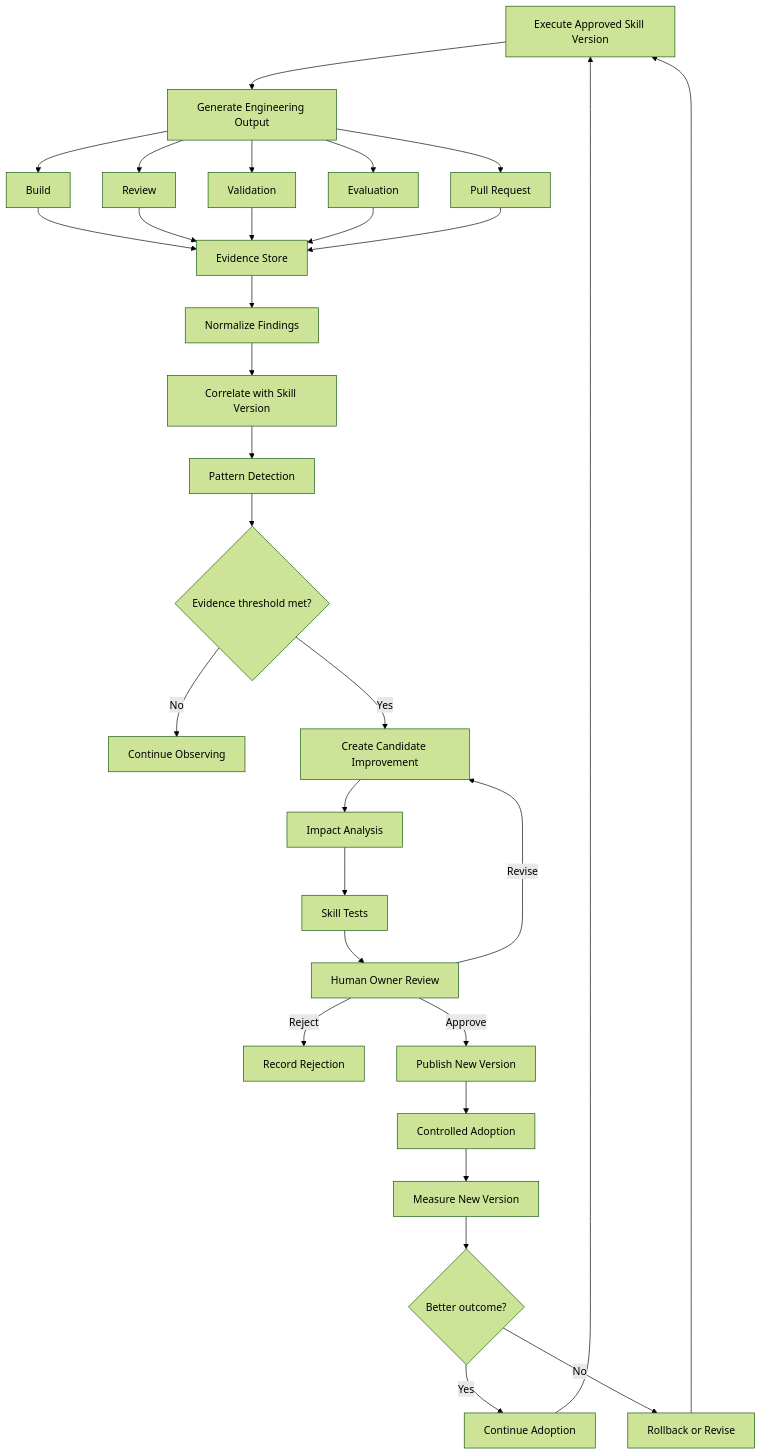
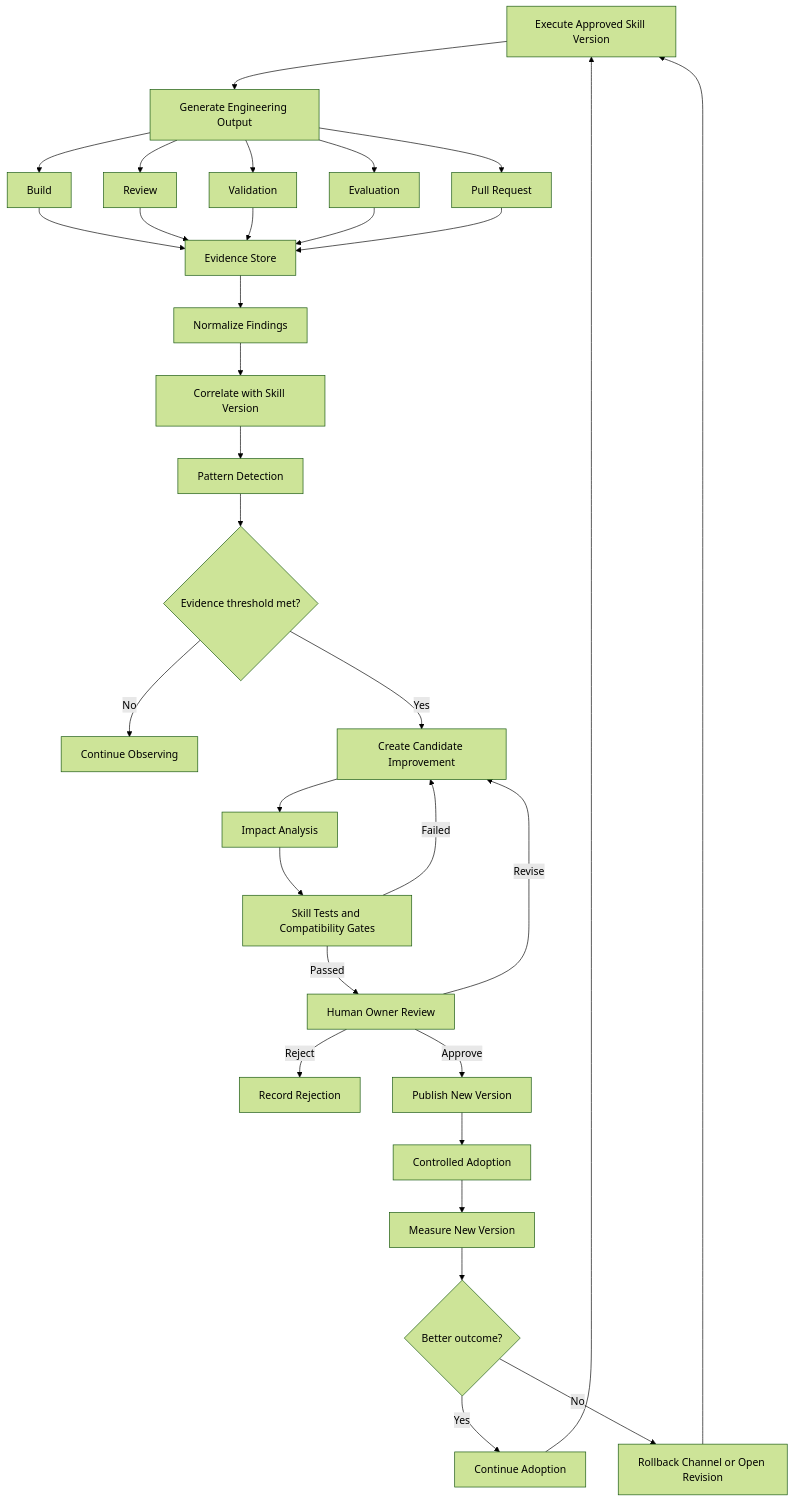
The eighth of 11 diagrams in book/41-skill-evolution.md (sheikh-zeeshan/Enterprise-AI-Engineering-Handbook), drawn with Mermaid (forest theme) before and after one commit. The commit also changed other lines of this file and 49 other files, not shown here.

````diff
--- a/book/41-skill-evolution.md
+++ b/book/41-skill-evolution.md
@@ -1425,43 +2128,44 @@
 ```mermaid
 flowchart TD
     A[Execute Approved Skill Version] --> B[Generate Engineering Output]
 
     B --> C1[Build]
     B --> C2[Review]
     B --> C3[Validation]
     B --> C4[Evaluation]
     B --> C5[Pull Request]
 
     C1 --> D[Evidence Store]
     C2 --> D
     C3 --> D
     C4 --> D
     C5 --> D
 
     D --> E[Normalize Findings]
     E --> F[Correlate with Skill Version]
     F --> G[Pattern Detection]
 
     G --> H{Evidence threshold met?}
 
     H -->|No| I[Continue Observing]
     H -->|Yes| J[Create Candidate Improvement]
 
     J --> K[Impact Analysis]
-    K --> L[Skill Tests]
-    L --> M[Human Owner Review]
+    K --> L[Skill Tests and Compatibility Gates]
+    L -->|Passed| M[Human Owner Review]
+    L -->|Failed| J
 
     M -->|Reject| N[Record Rejection]
     M -->|Revise| J
     M -->|Approve| O[Publish New Version]
 
     O --> P[Controlled Adoption]
     P --> Q[Measure New Version]
 
     Q --> R{Better outcome?}
     R -->|Yes| S[Continue Adoption]
-    R -->|No| T[Rollback or Revise]
+    R -->|No| T[Rollback Channel or Open Revision]
 
     S --> A
     T --> A
 ```
````
